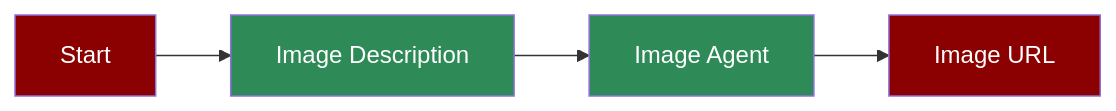
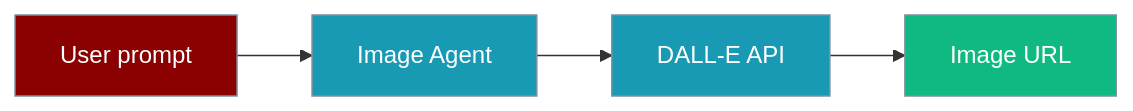
The diagram in docs/features/image-generation.mdx (MervinPraison/PraisonAIDocs), drawn with Mermaid before and after one commit. The commit also changed other lines of this file and 4 other files, not shown here.

````diff
--- a/docs/features/image-generation.mdx
+++ b/docs/features/image-generation.mdx
@@ -8,11 +10,15 @@
 ```mermaid
-flowchart LR
-    In[Start] --> Process[Image Description]
-    Process --> Agent[Image Agent]
-    Agent --> Out[Image URL]
-    
-    style In fill:#8B0000,color:#fff
-    style Process fill:#2E8B57,color:#fff
-    style Agent fill:#2E8B57,color:#fff
-    style Out fill:#8B0000,color:#fff
+graph LR
+    U[User prompt] --> A[Image Agent]
+    A --> API[DALL-E API]
+    API --> Out[Image URL]
+
+    classDef agent fill:#8B0000,stroke:#7C90A0,color:#fff
+    classDef process fill:#189AB4,stroke:#7C90A0,color:#fff
+    classDef result fill:#10B981,stroke:#7C90A0,color:#fff
+
+    class U agent
+    class A process
+    class API process
+    class Out result
 ```
````
